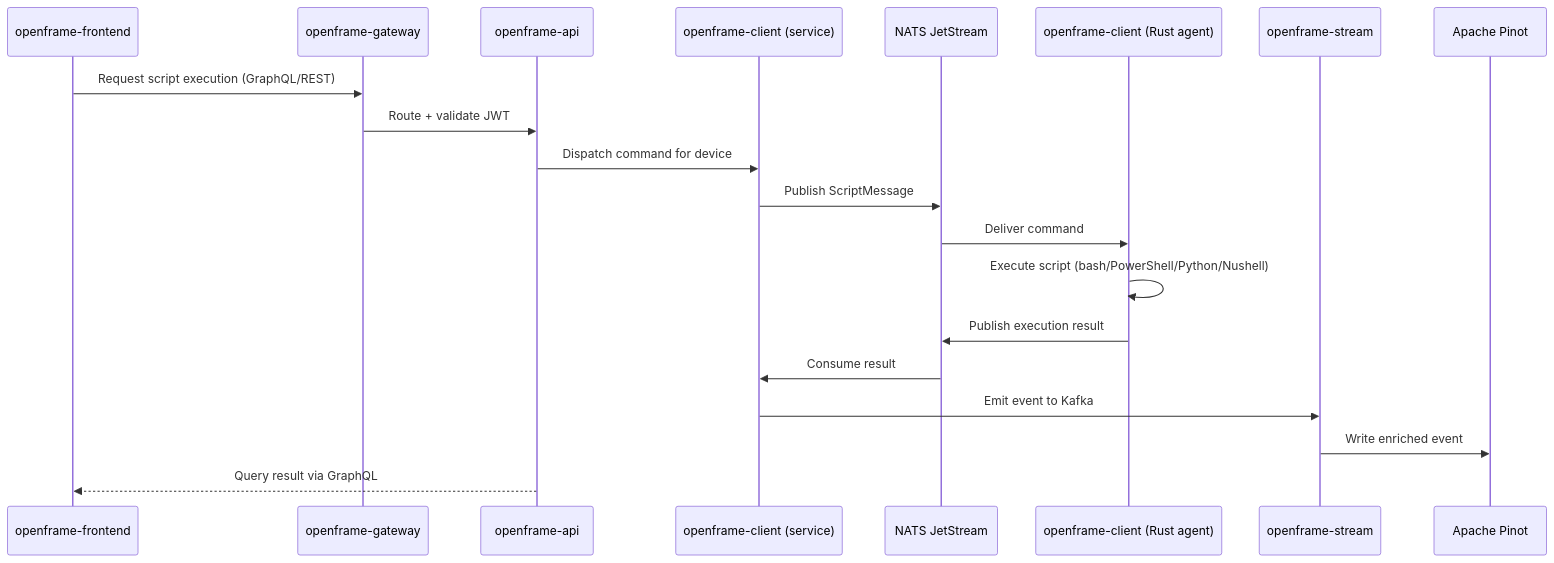
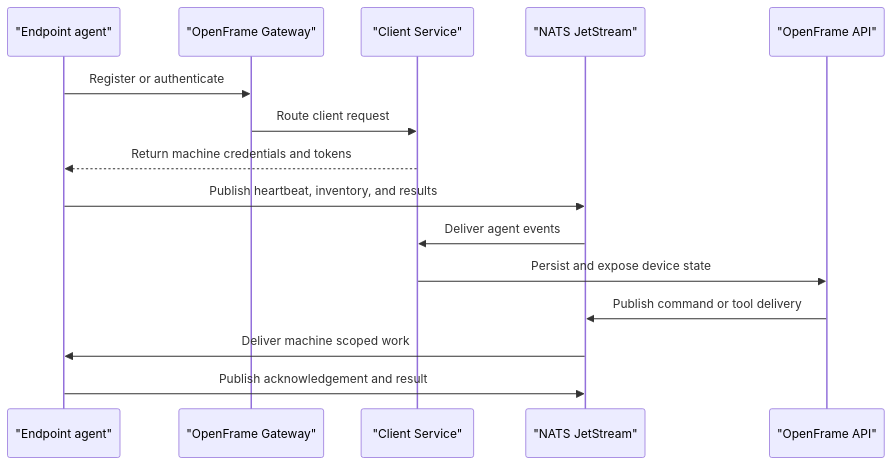
Before and after one commit to flamingo-stack/openframe-oss-tenant: the second of 4 diagrams in docs/development/architecture/README.md, drawn with Mermaid. The commit also changed other lines of this file and 1387 other files, not shown here.

````diff
--- a/docs/development/architecture/README.md
+++ b/docs/development/architecture/README.md
@@ -114,23 +89,20 @@
 ```mermaid
 sequenceDiagram
-    participant UI as openframe-frontend
-    participant GW as openframe-gateway
-    participant API as openframe-api
-    participant CS as openframe-client (service)
-    participant NATS as NATS JetStream
-    participant Agent as openframe-client (Rust agent)
-    participant Stream as openframe-stream
-    participant Pinot as Apache Pinot
+    participant Agent as "Endpoint agent"
+    participant Gateway as "OpenFrame Gateway"
+    participant Client as "Client Service"
+    participant Nats as "NATS JetStream"
+    participant Api as "OpenFrame API"
 
-    UI->>GW: Request script execution (GraphQL/REST)
-    GW->>API: Route + validate JWT
-    API->>CS: Dispatch command for device
-    CS->>NATS: Publish ScriptMessage
-    NATS->>Agent: Deliver command
-    Agent->>Agent: Execute script (bash/PowerShell/Python/Nushell)
-    Agent->>NATS: Publish execution result
-    NATS->>CS: Consume result
-    CS->>Stream: Emit event to Kafka
-    Stream->>Pinot: Write enriched event
-    API-->>UI: Query result via GraphQL
+    Agent->>Gateway: Register or authenticate
+    Gateway->>Client: Route client request
+    Client-->>Agent: Return machine credentials and tokens
+
+    Agent->>Nats: Publish heartbeat, inventory, and results
+    Nats->>Client: Deliver agent events
+    Client->>Api: Persist and expose device state
+
+    Api->>Nats: Publish command or tool delivery
+    Nats->>Agent: Deliver machine scoped work
+    Agent->>Nats: Publish acknowledgement and result
 ```
````
